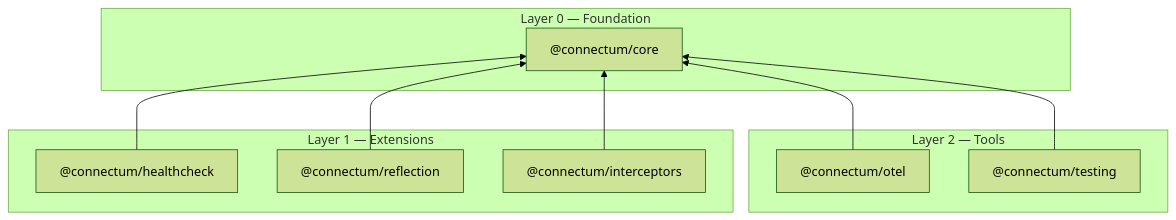
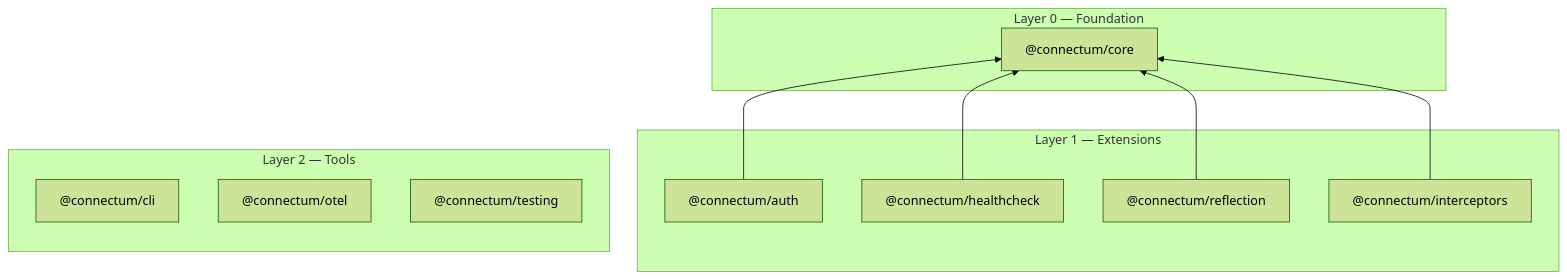
Before and after one commit to Connectum-Framework/docs: the diagram in en/guide/core-principles.md, drawn with Mermaid (forest theme). The commit also changed other lines of this file and 7 other files, not shown here.

````diff
--- a/en/guide/core-principles.md
+++ b/en/guide/core-principles.md
@@ -33,23 +33,24 @@
 ```mermaid
 graph BT
   subgraph L0["Layer 0 — Foundation"]
     CORE["@connectum/core"]
   end
 
   subgraph L1["Layer 1 — Extensions"]
+    AUTH["@connectum/auth"]
     HC["@connectum/healthcheck"]
     REF["@connectum/reflection"]
     INT["@connectum/interceptors"]
   end
 
   subgraph L2["Layer 2 — Tools"]
+    CLI["@connectum/cli"]
     OTEL["@connectum/otel"]
     TEST["@connectum/testing"]
   end
 
+  AUTH --> CORE
   HC --> CORE
   REF --> CORE
   INT --> CORE
-  OTEL --> CORE
-  TEST --> CORE
 ```
````
